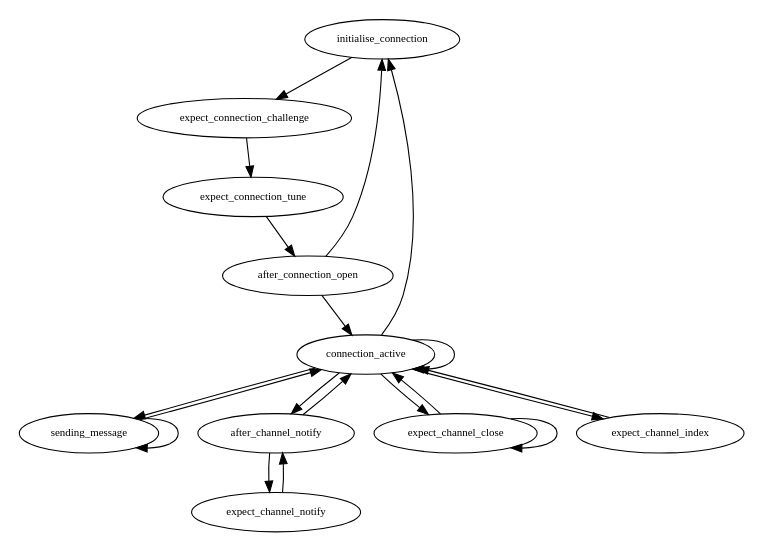
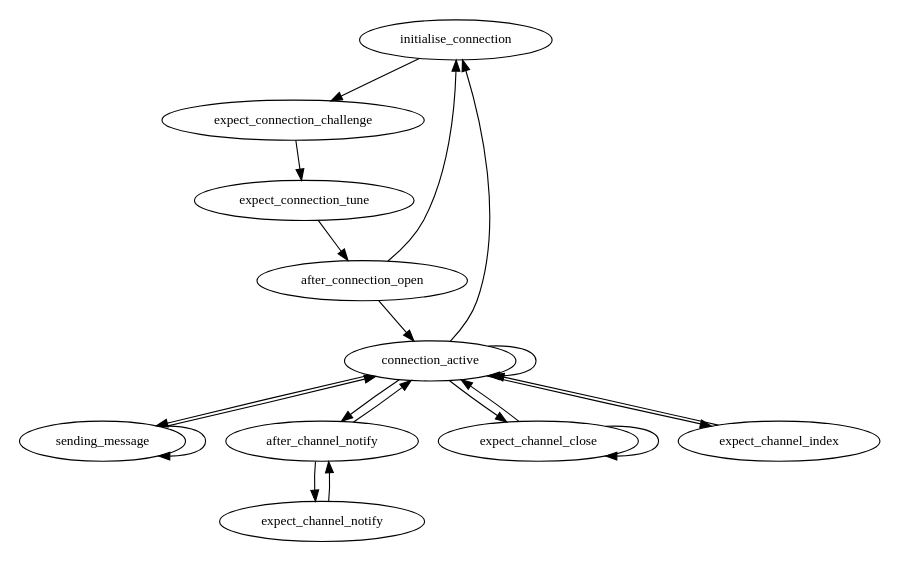
The diagram in doc/amq_sclient_agent.dot (imatix/openamq), drawn with Graphviz before and after one commit. The commit also changed 4 other files, not shown here.

```diff
--- a/doc/amq_sclient_agent.dot
+++ b/doc/amq_sclient_agent.dot
@@ -1,25 +1,25 @@
 digraph SClientAgent {
-    size = "5,8";
-    node [fontsize=10];
+    size = "6,8";
+    node [fontsize=12];
     subgraph client {
         initialise_connection -> expect_connection_challenge;
         expect_connection_challenge -> expect_connection_tune;
         expect_connection_tune -> after_connection_open;
         after_connection_open -> connection_active;
         after_connection_open -> initialise_connection;
         connection_active -> connection_active;
         connection_active -> sending_message;
         connection_active -> after_channel_notify;
         connection_active -> expect_channel_close;
         connection_active -> expect_channel_index;
         connection_active -> initialise_connection;
         after_channel_notify -> expect_channel_notify;
         after_channel_notify -> connection_active;
         expect_channel_notify -> after_channel_notify;
         expect_channel_close -> expect_channel_close;
         expect_channel_close -> connection_active;
         expect_channel_index -> connection_active;
         sending_message -> sending_message;
         sending_message -> connection_active;
     }
 }
```
